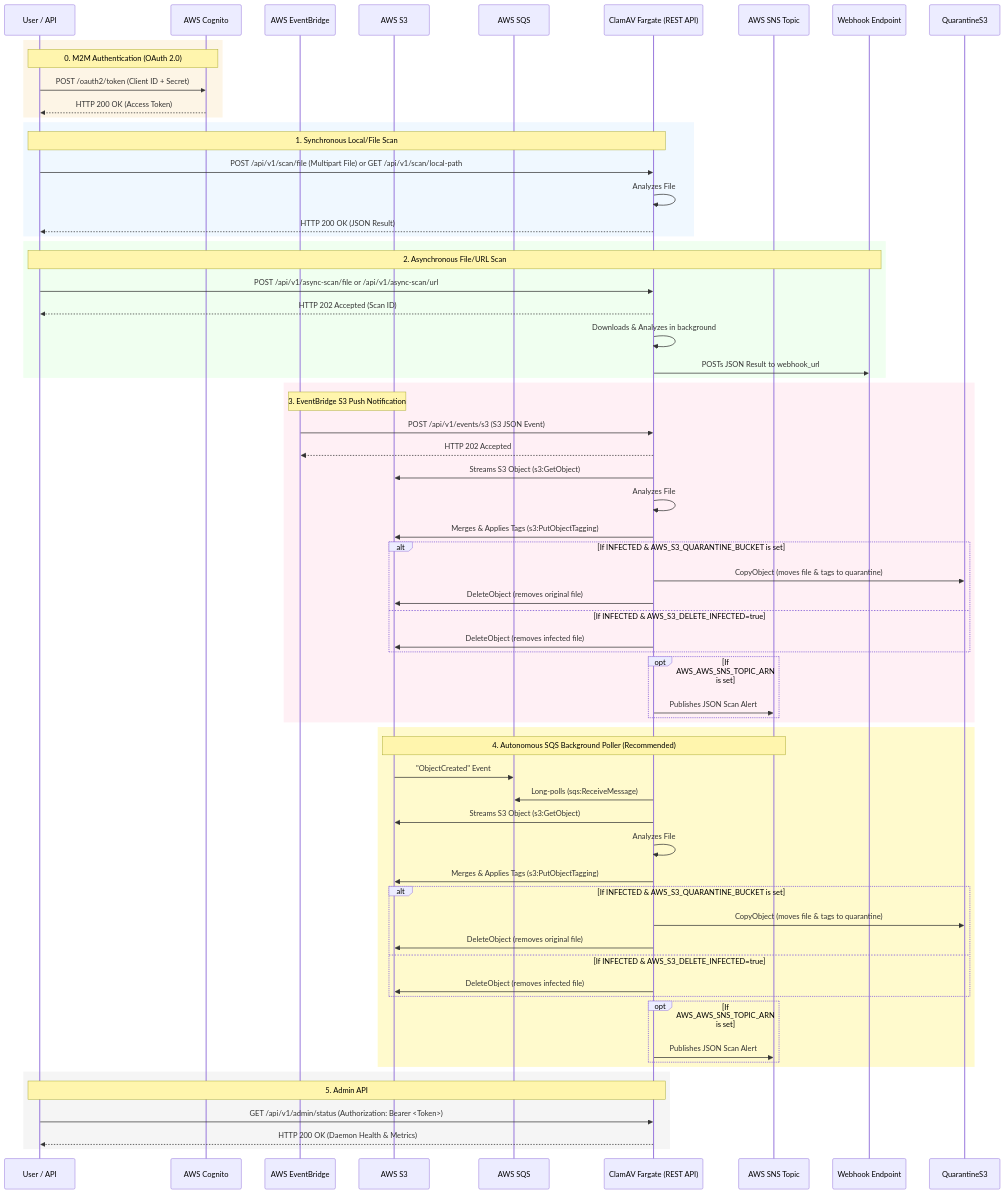
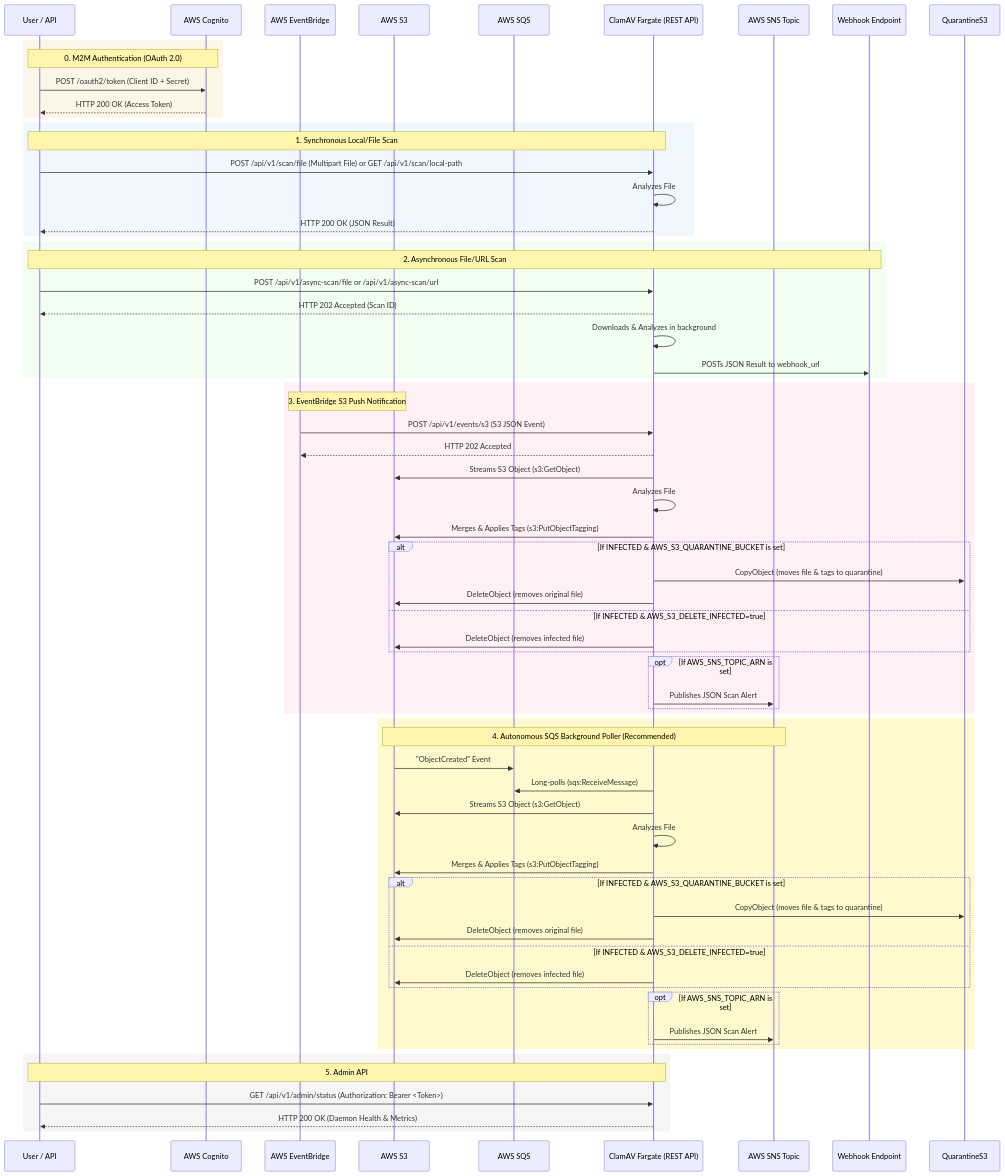
One commit to amithalder21/clamav-restapi changed the diagram in README.md. Above: the diagram before and after it, drawn with Mermaid. The commit also changed other lines of this file, not shown here.

````diff
--- a/README.md
+++ b/README.md
@@ -37,80 +37,80 @@
 ```mermaid
 sequenceDiagram
     participant Client as User / API
     participant Cognito as AWS Cognito
     participant EventBridge as AWS EventBridge
     participant S3 as AWS S3
     participant SQS as AWS SQS
     participant ClamAV as ClamAV Fargate (REST API)
     participant SNS as AWS SNS Topic
     participant Webhook as Webhook Endpoint
 
     %% 0. M2M Authentication (Client Credentials Grant)
     rect rgb(253, 245, 230)
         Note over Client, Cognito: 0. M2M Authentication (OAuth 2.0)
         Client->>Cognito: POST /oauth2/token (Client ID + Secret)
         Cognito-->>Client: HTTP 200 OK (Access Token)
     end
 
     %% 1. Synchronous Scan
     rect rgb(240, 248, 255)
         Note over Client, ClamAV: 1. Synchronous Local/File Scan
         Client->>ClamAV: POST /api/v1/scan/file (Multipart File) or GET /api/v1/scan/local-path
         ClamAV->>ClamAV: Analyzes File
         ClamAV-->>Client: HTTP 200 OK (JSON Result)
     end
 
     %% 2. Asynchronous Scan
     rect rgb(240, 255, 240)
         Note over Client, Webhook: 2. Asynchronous File/URL Scan
         Client->>ClamAV: POST /api/v1/async-scan/file or /api/v1/async-scan/url
         ClamAV-->>Client: HTTP 202 Accepted (Scan ID)
         ClamAV->>ClamAV: Downloads & Analyzes in background
         ClamAV->>Webhook: POSTs JSON Result to webhook_url
     end
 
     %% 3. Event-Driven S3 Push (EventBridge)
     rect rgb(255, 240, 245)
         Note over EventBridge, S3: 3. EventBridge S3 Push Notification
         EventBridge->>ClamAV: POST /api/v1/events/s3 (S3 JSON Event)
         ClamAV-->>EventBridge: HTTP 202 Accepted
         ClamAV->>S3: Streams S3 Object (s3:GetObject)
         ClamAV->>ClamAV: Analyzes File
         ClamAV->>S3: Merges & Applies Tags (s3:PutObjectTagging)
         alt If INFECTED & AWS_S3_QUARANTINE_BUCKET is set
             ClamAV->>QuarantineS3: CopyObject (moves file & tags to quarantine)
             ClamAV->>S3: DeleteObject (removes original file)
         else If INFECTED & AWS_S3_DELETE_INFECTED=true
             ClamAV->>S3: DeleteObject (removes infected file)
         end
-        opt If AWS_AWS_SNS_TOPIC_ARN is set
+        opt If AWS_SNS_TOPIC_ARN is set
             ClamAV->>SNS: Publishes JSON Scan Alert
         end
     end
 
     %% 4. Event-Driven SQS Pull (Autonomous)
     rect rgb(255, 250, 205)
         Note over S3, SNS: 4. Autonomous SQS Background Poller (Recommended)
         S3->>SQS: "ObjectCreated" Event
         ClamAV->>SQS: Long-polls (sqs:ReceiveMessage)
         ClamAV->>S3: Streams S3 Object (s3:GetObject)
         ClamAV->>ClamAV: Analyzes File
         ClamAV->>S3: Merges & Applies Tags (s3:PutObjectTagging)
         alt If INFECTED & AWS_S3_QUARANTINE_BUCKET is set
             ClamAV->>QuarantineS3: CopyObject (moves file & tags to quarantine)
             ClamAV->>S3: DeleteObject (removes original file)
         else If INFECTED & AWS_S3_DELETE_INFECTED=true
             ClamAV->>S3: DeleteObject (removes infected file)
         end
-        opt If AWS_AWS_SNS_TOPIC_ARN is set
+        opt If AWS_SNS_TOPIC_ARN is set
             ClamAV->>SNS: Publishes JSON Scan Alert
         end
     end
 
     %% 5. Admin API
     rect rgb(245, 245, 245)
         Note over Client, ClamAV: 5. Admin API
         Client->>ClamAV: GET /api/v1/admin/status (Authorization: Bearer <Token>)
         ClamAV-->>Client: HTTP 200 OK (Daemon Health & Metrics)
     end
 ```
````
